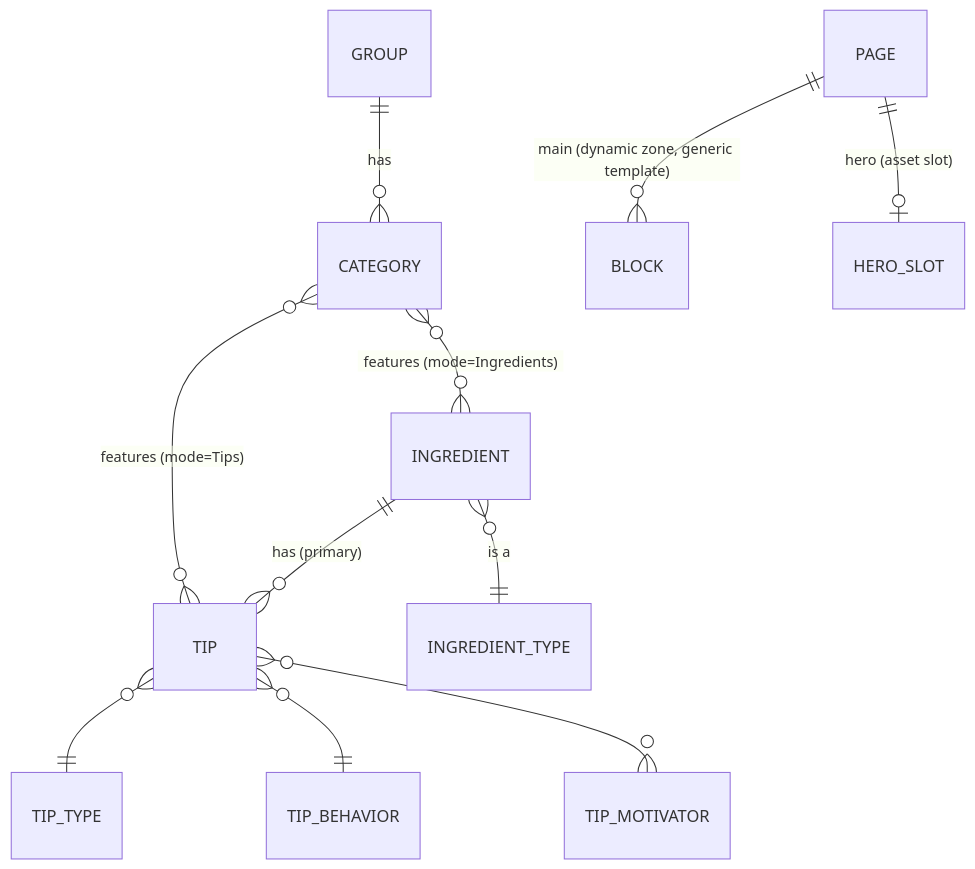
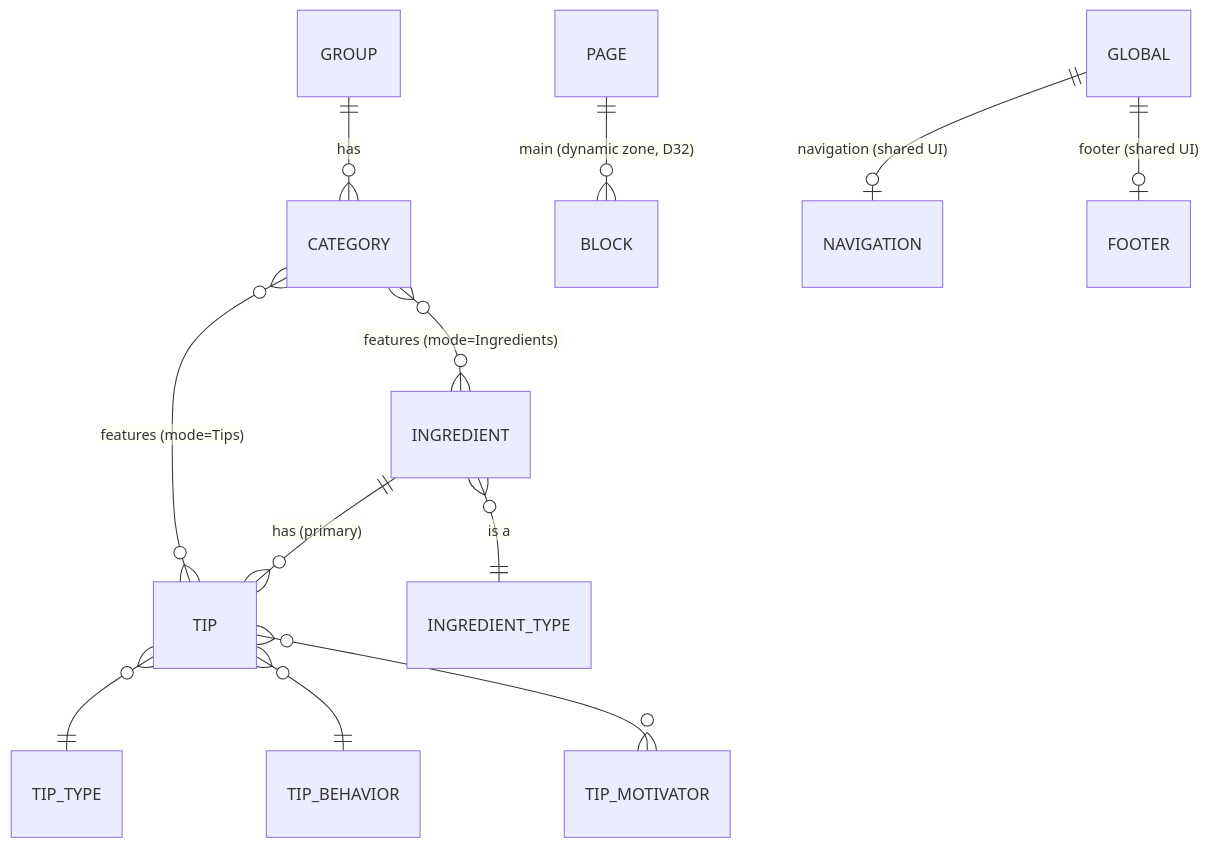
Before and after one commit to hancock01919sh/llf: the fourth of 6 diagrams in docs/TDD.md, drawn with Mermaid. The commit also changed other lines of this file and 6 other files, not shown here.

````diff
--- a/docs/TDD.md
+++ b/docs/TDD.md
@@ -489,13 +488,14 @@
 ```mermaid
 erDiagram
   GROUP ||--o{ CATEGORY : "has"
   CATEGORY }o--o{ INGREDIENT : "features (mode=Ingredients)"
   CATEGORY }o--o{ TIP : "features (mode=Tips)"
   INGREDIENT ||--o{ TIP : "has (primary)"
   INGREDIENT }o--|| INGREDIENT_TYPE : "is a"
   TIP }o--|| TIP_TYPE : ""
   TIP }o--|| TIP_BEHAVIOR : ""
   TIP }o--o{ TIP_MOTIVATOR : ""
-  PAGE ||--o{ BLOCK : "main (dynamic zone, generic template)"
-  PAGE ||--o| HERO_SLOT : "hero (asset slot)"
+  PAGE ||--o{ BLOCK : "main (dynamic zone, D32)"
+  GLOBAL ||--o| NAVIGATION : "navigation (shared UI)"
+  GLOBAL ||--o| FOOTER : "footer (shared UI)"
 ```
````
